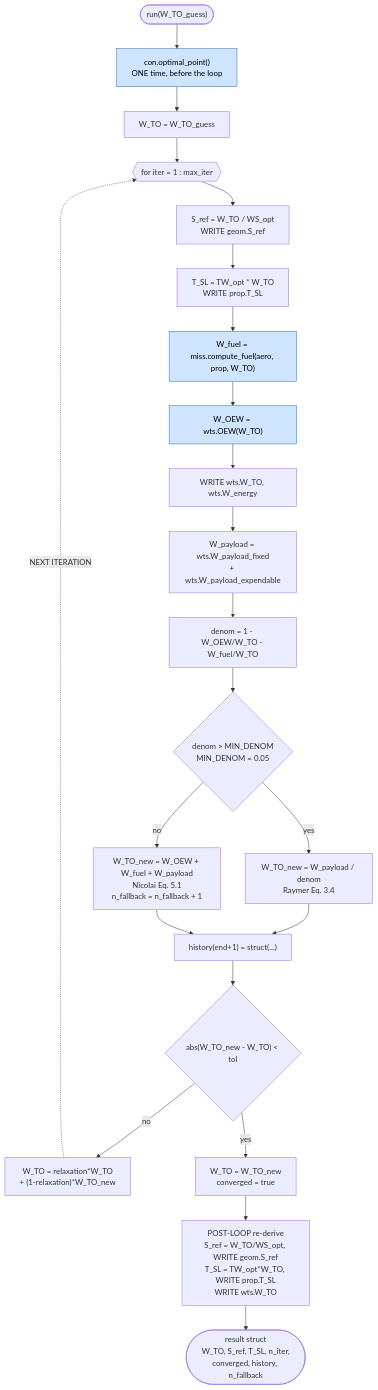
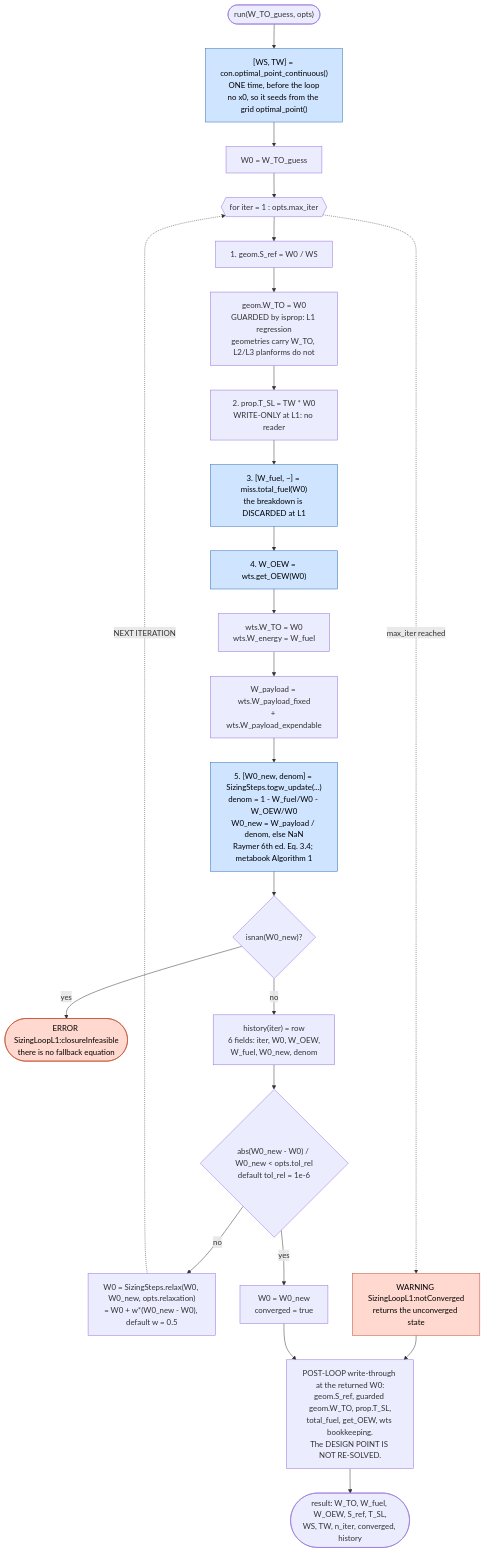
One commit to Idopt-Lab/air-vehicle-design changed the second of 12 diagrams in air_vehicle_design/sizing/docs/Mermaid_Diagrams/sizing_loop_dependency_diagrams.md. Above: the diagram before and after it, drawn with Mermaid. The commit also changed other lines of this file, not shown here.

First line of the commit message:
docs: rewrite the stale sizing-loop dependency diagrams

````diff
--- a/air_vehicle_design/sizing/docs/Mermaid_Diagrams/sizing_loop_dependency_diagrams.md
+++ b/air_vehicle_design/sizing/docs/Mermaid_Diagrams/sizing_loop_dependency_diagrams.md
@@ -133,29 +115,32 @@
 ```mermaid
 flowchart TD
-    START(["run(W_TO_guess)"]) --> OPT["con.optimal_point()<br/>ONE time, before the loop"]
-    OPT --> INIT["W_TO = W_TO_guess"]
-    INIT --> ITER{{"for iter = 1 : max_iter"}}
+    START(["run(W_TO_guess, opts)"]) --> OPT["[WS, TW] = con.optimal_point_continuous()<br/>ONE time, before the loop<br/>no x0, so it seeds from the grid optimal_point()"]
+    OPT --> INIT["W0 = W_TO_guess"]
+    INIT --> ITER{{"for iter = 1 : opts.max_iter"}}
 
-    ITER --> S1["S_ref = W_TO / WS_opt<br/>WRITE geom.S_ref"]
-    S1 --> S2["T_SL = TW_opt * W_TO<br/>WRITE prop.T_SL"]
-    S2 --> S3["W_fuel = miss.compute_fuel(aero, prop, W_TO)"]
-    S3 --> S4["W_OEW = wts.OEW(W_TO)"]
-    S4 --> S5["WRITE wts.W_TO, wts.W_energy"]
+    ITER --> S1["1. geom.S_ref = W0 / WS"]
+    S1 --> S1B["geom.W_TO = W0<br/>GUARDED by isprop: L1 regression<br/>geometries carry W_TO, L2/L3 planforms do not"]
+    S1B --> S2["2. prop.T_SL = TW * W0<br/>WRITE-ONLY at L1: no reader"]
+    S2 --> S3["3. [W_fuel, ~] = miss.total_fuel(W0)<br/>the breakdown is DISCARDED at L1"]
+    S3 --> S4["4. W_OEW = wts.get_OEW(W0)"]
+    S4 --> S5["wts.W_TO = W0<br/>wts.W_energy = W_fuel"]
     S5 --> S6["W_payload = wts.W_payload_fixed<br/>+ wts.W_payload_expendable"]
-    S6 --> S7["denom = 1 - W_OEW/W_TO - W_fuel/W_TO"]
-    S7 --> BR{"denom > MIN_DENOM<br/>MIN_DENOM = 0.05"}
-    BR -- yes --> RAY["W_TO_new = W_payload / denom<br/>Raymer Eq. 3.4"]
-    BR -- no --> NIC["W_TO_new = W_OEW + W_fuel + W_payload<br/>Nicolai Eq. 5.1<br/>n_fallback = n_fallback + 1"]
-    RAY --> HIST["history(end+1) = struct(...)"]
-    NIC --> HIST
-    HIST --> CONV{"abs(W_TO_new - W_TO) < tol"}
-    CONV -- no --> RELAX["W_TO = relaxation*W_TO<br/>+ (1-relaxation)*W_TO_new"]
+    S6 --> S7["5. [W0_new, denom] = SizingSteps.togw_update(...)<br/>denom = 1 - W_fuel/W0 - W_OEW/W0<br/>W0_new = W_payload / denom, else NaN<br/>Raymer 6th ed. Eq. 3.4; metabook Algorithm 1"]
+    S7 --> NANQ{"isnan(W0_new)?"}
+    NANQ -- yes --> ERR(["ERROR SizingLoopL1:closureInfeasible<br/>there is no fallback equation"])
+    NANQ -- no --> HIST["history(iter) = row<br/>6 fields: iter, W0, W_OEW,<br/>W_fuel, W0_new, denom"]
+    HIST --> CONV{"abs(W0_new - W0) / W0_new < opts.tol_rel<br/>default tol_rel = 1e-6"}
+    CONV -- no --> RELAX["W0 = SizingSteps.relax(W0, W0_new, opts.relaxation)<br/>= W0 + w*(W0_new - W0), default w = 0.5"]
     RELAX -.->|"NEXT ITERATION"| ITER
-    CONV -- yes --> DONE["W_TO = W_TO_new<br/>converged = true"]
+    CONV -- yes --> DONE["W0 = W0_new<br/>converged = true"]
 
-    DONE --> POST["POST-LOOP re-derive<br/>S_ref = W_TO/WS_opt, WRITE geom.S_ref<br/>T_SL = TW_opt*W_TO, WRITE prop.T_SL<br/>WRITE wts.W_TO"]
-    POST --> RESULT(["result struct<br/>W_TO, S_ref, T_SL, n_iter,<br/>converged, history, n_fallback"])
+    ITER -.->|"max_iter reached"| WARN["WARNING SizingLoopL1:notConverged<br/>returns the unconverged state"]
+    WARN --> POST
+    DONE --> POST["POST-LOOP write-through at the returned W0:<br/>geom.S_ref, guarded geom.W_TO, prop.T_SL,<br/>total_fuel, get_OEW, wts bookkeeping.<br/>The DESIGN POINT IS NOT RE-SOLVED."]
+    POST --> RESULT(["result: W_TO, W_fuel, W_OEW, S_ref, T_SL,<br/>WS, TW, n_iter, converged, history"])
 
     classDef orch fill:#cfe4ff,stroke:#2b6cb0,color:#000
-    class OPT,S3,S4 orch
+    classDef bad fill:#ffd9d0,stroke:#c0482a,color:#000
+    class OPT,S3,S4,S7 orch
+    class ERR,WARN bad
 ```
````
